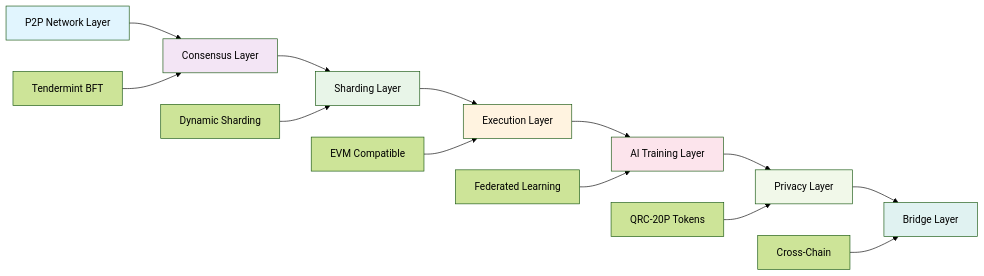
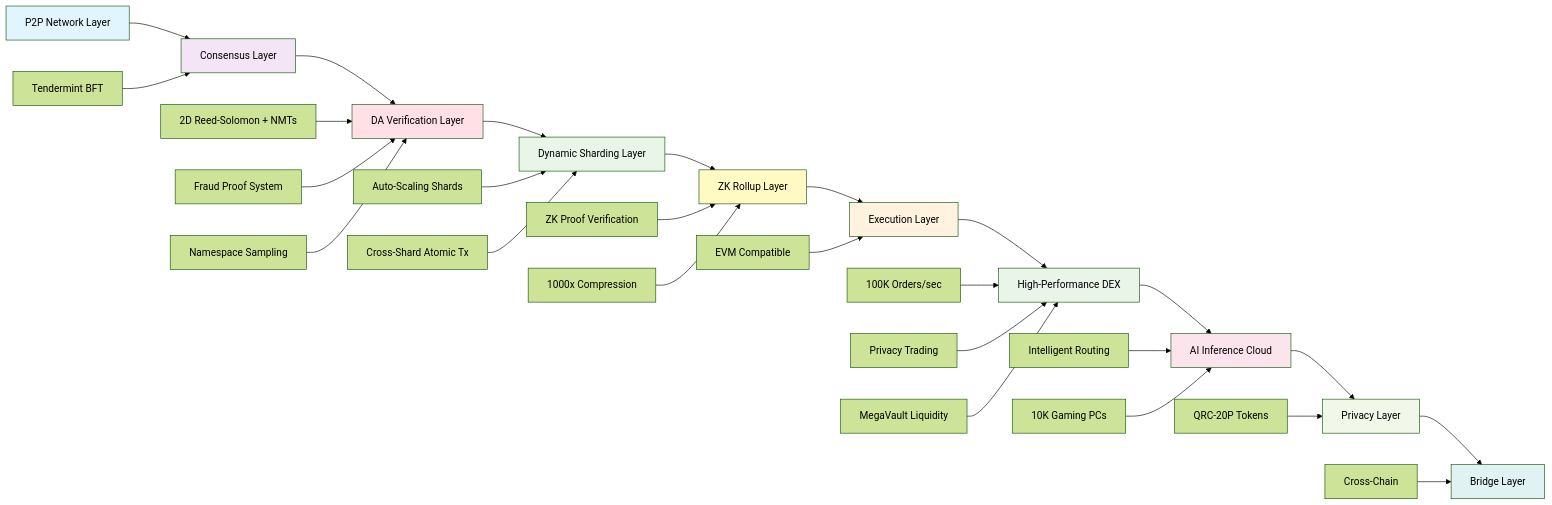
Before and after one commit to QoraNet/.github: the second of 12 diagrams in profile/README.md, drawn with Mermaid (forest theme). The commit also changed other lines of this file, not shown here.

````diff
--- a/profile/README.md
+++ b/profile/README.md
@@ -52,24 +59,40 @@
 ```mermaid
 graph LR
     A[P2P Network Layer] --> B[Consensus Layer]
-    B --> C[Sharding Layer]
-    C --> D[Execution Layer]
-    D --> E[AI Training Layer]
-    E --> F[Privacy Layer]
-    F --> G[Bridge Layer]
+    B --> C[DA Verification Layer]
+    C --> D[Dynamic Sharding Layer]
+    D --> E[ZK Rollup Layer]
+    E --> F[Execution Layer]
+    F --> G[High-Performance DEX]
+    G --> H[AI Inference Cloud]
+    H --> I[Privacy Layer]
+    I --> J[Bridge Layer]
     
     B1[Tendermint BFT] --> B
-    C1[Dynamic Sharding] --> C
-    D1[EVM Compatible] --> D
-    E1[Federated Learning] --> E
-    F1[QRC-20P Tokens] --> F
-    G1[Cross-Chain] --> G
+    C1[2D Reed-Solomon + NMTs] --> C
+    C2[Fraud Proof System] --> C
+    C3[Namespace Sampling] --> C
+    D1[Auto-Scaling Shards] --> D
+    D2[Cross-Shard Atomic Tx] --> D
+    E1[ZK Proof Verification] --> E
+    E2[1000x Compression] --> E
+    F1[EVM Compatible] --> F
+    G1[100K Orders/sec] --> G
+    G2[Privacy Trading] --> G
+    G3[MegaVault Liquidity] --> G
+    H1[Intelligent Routing] --> H
+    H2[10K Gaming PCs] --> H
+    I1[QRC-20P Tokens] --> I
+    J1[Cross-Chain] --> J
     
     style A fill:#e1f5fe
     style B fill:#f3e5f5
-    style C fill:#e8f5e8
-    style D fill:#fff3e0
-    style E fill:#fce4ec
-    style F fill:#f1f8e9
-    style G fill:#e0f2f1
+    style C fill:#ffe0e6
+    style D fill:#e8f5e8
+    style E fill:#fff9c4
+    style F fill:#fff3e0
+    style G fill:#e8f5e8
+    style H fill:#fce4ec
+    style I fill:#f1f8e9
+    style J fill:#e0f2f1
 ```
````
